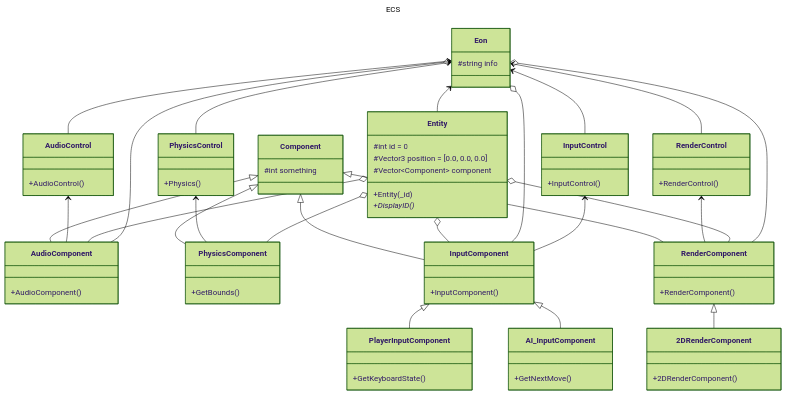
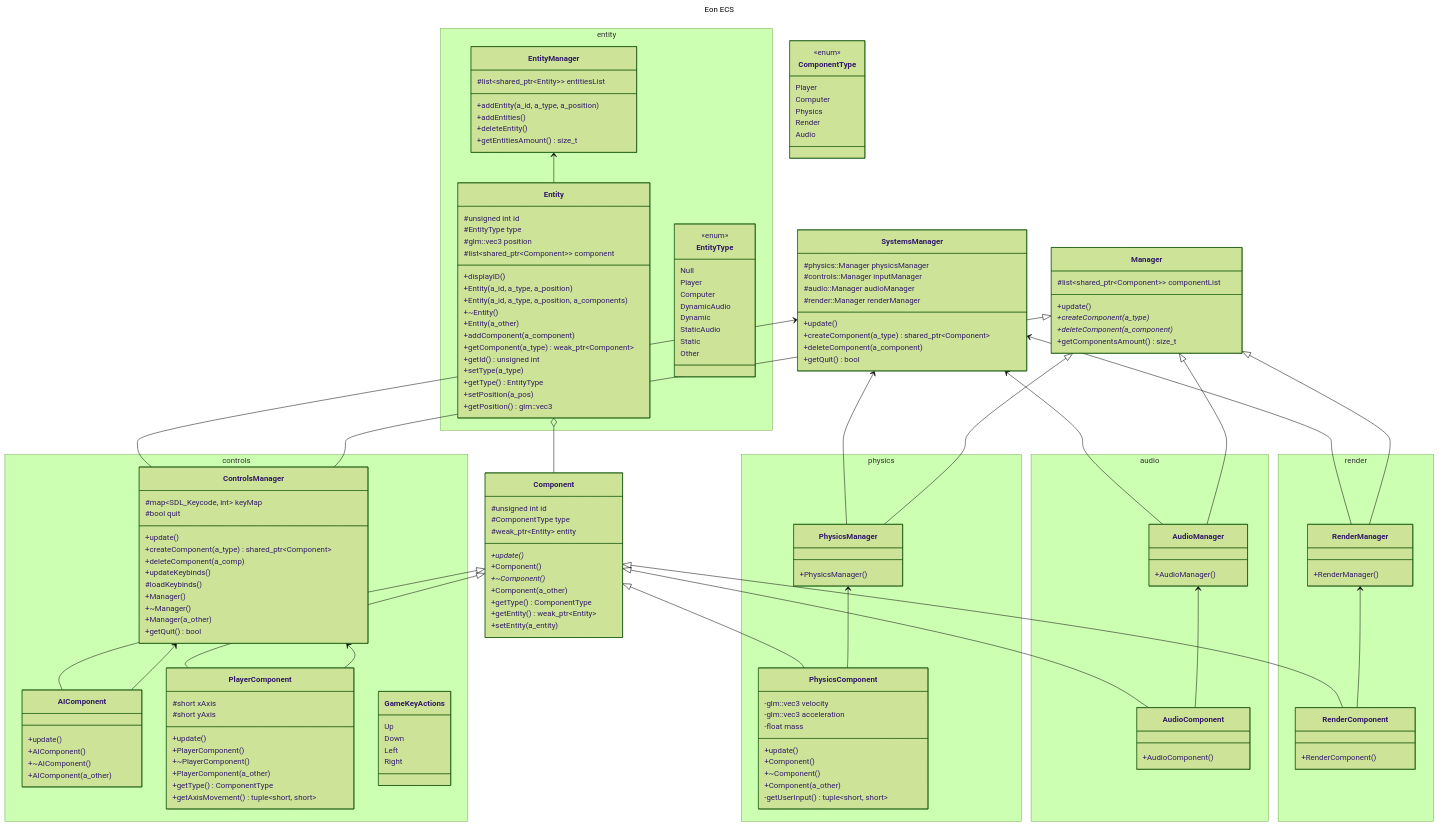
Before and after one commit to xololt-dev/Eon: the diagram in docs/ClassDiagram.md, drawn with Mermaid (forest theme). The commit also changed 7 other files, not shown here.

Commit message:
Updates to docs - class diagram

````diff
--- a/docs/ClassDiagram.md
+++ b/docs/ClassDiagram.md
@@ -1,89 +1,210 @@
 ```mermaid
 ---
-title: ECS
+title: Eon ECS
 ---
 classDiagram
-	Eon <-- Entity
-	Eon <-- PhysicsControl
-	Eon <-- AudioControl
-	Eon <-- RenderControl
-	Eon <-- InputControl
+	SystemsManager <-- PhysicsManager
+	SystemsManager <-- AudioManager
+	SystemsManager <-- RenderManager
+	SystemsManager <-- ControlsManager
+	EntityManager <-- Entity
+	
+	Component <|-- AIComponent
+	Component <|-- PlayerComponent
 	Component <|-- AudioComponent
 	Component <|-- PhysicsComponent
 	Component <|-- RenderComponent
-	Component <|-- InputComponent
-	PhysicsControl <-- PhysicsComponent
-	AudioControl <-- AudioComponent
-	RenderControl <-- RenderComponent
-	Entity o-- InputComponent
-	Eon o-- InputComponent
-	InputComponent <|-- PlayerInputComponent
-	InputComponent <|-- AI_InputComponent
-	InputControl <-- InputComponent
-	Entity o-- RenderComponent
-	Eon o-- RenderComponent
-	RenderComponent <|-- 2DRenderComponent
-	Entity o-- AudioComponent
-	Eon o-- AudioComponent
-	Entity o-- PhysicsComponent
+	Manager <|-- ControlsManager
+	Manager <|-- AudioManager
+	Manager <|-- PhysicsManager
+	Manager <|-- RenderManager
 	
-class Eon {
-	#string info
+	ControlsManager <-- PlayerComponent
+	ControlsManager <-- AIComponent
+	PhysicsManager <-- PhysicsComponent
+	AudioManager <-- AudioComponent
+	RenderManager <-- RenderComponent
+	
+	Entity o-- Component
+
+class SystemsManager {
+	#physics::Manager physicsManager
+	#controls::Manager inputManager	
+	#audio::Manager audioManager
+	#render::Manager renderManager
+
+	+update()
+	+createComponent(a_type) shared_ptr~Component~
+	+deleteComponent(a_component)
+	+getQuit() bool
+}
+
+class ComponentType {
+	<<enum>>
+	Player
+	Computer
+	Physics
+	Render
+	Audio
 }
 
 class Component {
-	#int something
+	#unsigned int id
+	#ComponentType type
+	#weak_ptr~Entity~ entity
+
+	+update()*
+
+	+Component()
+	+~Component()*
+	+Component(a_other)
+
+	+getType() ComponentType
+	+getEntity() weak_ptr~Entity~
+	+setEntity(a_entity)
 }
 
-class Entity {
-	#int id = 0
-	#Vector3 position = [0.0, 0.0, 0.0]
-	#Vector~Component~ component
-	+Entity(_id) 
-	+DisplayID()*
+class Manager {
+	#list~shared_ptr~Component~~ componentList
+
+	+update()
+	+createComponent(a_type)*
+	+deleteComponent(a_component)*
+
+	+getComponentsAmount() size_t
 }
 
-class InputControl {
-	+InputControl()
+namespace entity {
+	class EntityType {
+		<<enum>>
+		Null
+		Player
+		Computer
+		DynamicAudio
+		Dynamic
+		StaticAudio
+		Static
+		Other
+	}
+	
+	class Entity {
+		#unsigned int id
+		#EntityType type
+		#glm::vec3 position
+		#list~shared_ptr~Component~~ component
+		
+		+displayID()
+		
+		+Entity(a_id, a_type, a_position)
+		+Entity(a_id, a_type, a_position, a_components)
+		+~Entity()
+		+Entity(a_other)
+		
+		+addComponent(a_component)
+		+getComponent(a_type) weak_ptr~Component~
+		+getId() unsigned int
+		+setType(a_type)
+		+getType() EntityType
+		+setPosition(a_pos)
+		+getPosition() glm::vec3
+	}
+
+	class EntityManager {
+		#list~shared_ptr~Entity~~ entitiesList
+
+		+addEntity(a_id, a_type, a_position)
+		+addEntities()
+		+deleteEntity()
+
+		+getEntitiesAmount() size_t
+	}
 }
 
-class InputComponent {
-	+InputComponent()
+namespace controls {
+	class GameKeyActions {
+		Up
+		Down
+		Left
+		Right
+	}
+	 
+	class PlayerComponent {
+		#short xAxis
+		#short yAxis
+
+		+update()
+		
+		+PlayerComponent()
+		+~PlayerComponent()
+		+PlayerComponent(a_other)
+
+		+getType() ComponentType
+		+getAxisMovement() tuple~short, short~
+	}
+
+	class AIComponent {
+		+update()
+
+		+AIComponent()
+		+~AIComponent()
+		+AIComponent(a_other)
+	}
+
+	class ControlsManager {
+		#map~SDL_Keycode, int~ keyMap
+		#bool quit
+		
+		+update()
+		+createComponent(a_type) shared_ptr~Component~
+		+deleteComponent(a_comp)
+		+updateKeybinds()
+		#loadKeybinds()
+		
+		+Manager()
+		+~Manager()
+		+Manager(a_other)
+
+		+getQuit() bool
+	}
 }
 
-class PlayerInputComponent {
-	+GetKeyboardState()
+namespace physics {
+	class PhysicsComponent {
+		-glm::vec3 velocity
+		-glm::vec3 acceleration
+		-float mass
+
+		+update()
+		
+		+Component()
+		+~Component()
+		+Component(a_other)
+		
+		-getUserInput() tuple~short, short~
+	}
+
+	class PhysicsManager {
+		+PhysicsManager()
+	}
 }
 
-class AI_InputComponent {
-	+GetNextMove()
+namespace audio {
+	class AudioComponent {
+		+AudioComponent()
+	}
+	
+	class AudioManager {
+		+AudioManager()
+	}
 }
 
-class PhysicsComponent {
-	+GetBounds()
-}
-
-class PhysicsControl {
-	+Physics()
-}
-
-class AudioControl {
-	+AudioControl()
-}
-
-class AudioComponent {
-	+AudioComponent()
-}
-
-class RenderControl {
-	+RenderControl()
-}
-
-class RenderComponent {
-	+RenderComponent()
-}
-
-class 2DRenderComponent {
-	+2DRenderComponent()
+namespace render {
+	class RenderComponent {
+		+RenderComponent()
+	}
+	
+	class RenderManager {
+		+RenderManager()
+	}
 }
 ```
````
